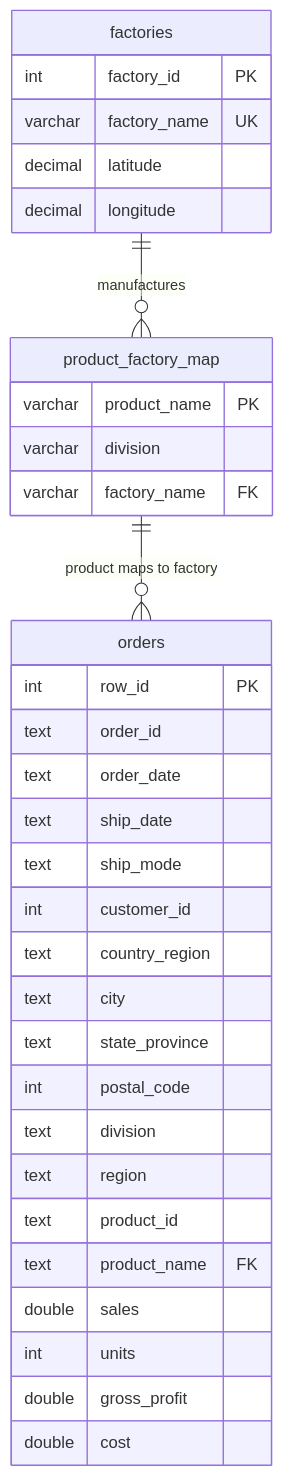
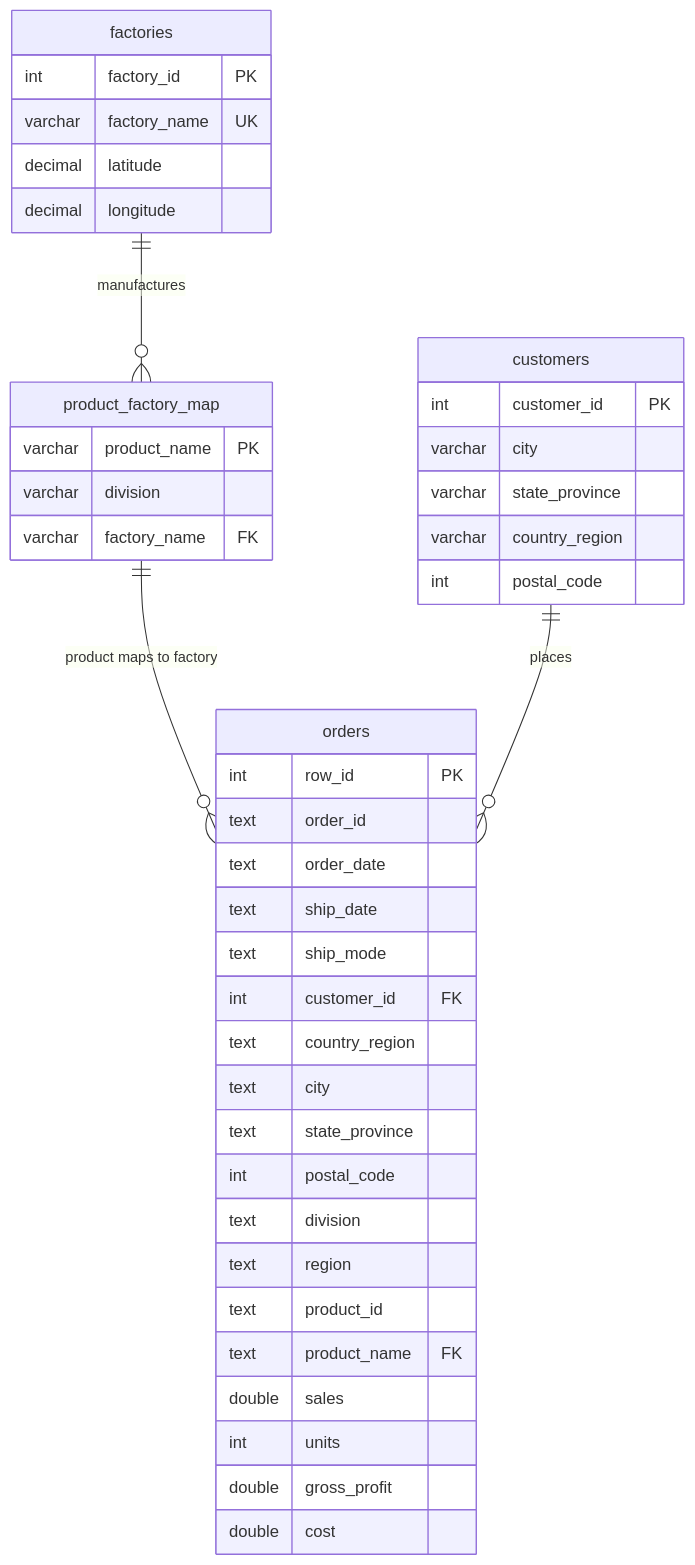
Before and after one commit to Udaygarg0034/nassau-candy-factory-reallocation-sql: the diagram in ERD.md, drawn with Mermaid. The commit also changed other lines of this file, not shown here.

Commit message:
Add customers table and update orders foreign key
Added customers table and updated foreign key relationship in orders.

````diff
--- a/ERD.md
+++ b/ERD.md
@@ -3,39 +3,48 @@
 ```mermaid
 erDiagram
     factories ||--o{ product_factory_map : "manufactures"
     product_factory_map ||--o{ orders : "product maps to factory"
+    customers ||--o{ orders : "places"
 
     factories {
         int factory_id PK
         varchar factory_name UK
         decimal latitude
         decimal longitude
     }
 
     product_factory_map {
         varchar product_name PK
         varchar division
         varchar factory_name FK
     }
 
+    customers {
+        int customer_id PK
+        varchar city
+        varchar state_province
+        varchar country_region
+        int postal_code
+    }
+
     orders {
         int row_id PK
         text order_id
         text order_date
         text ship_date
         text ship_mode
-        int customer_id
+        int customer_id FK
         text country_region
         text city
         text state_province
         int postal_code
         text division
         text region
         text product_id
         text product_name FK
         double sales
         int units
         double gross_profit
         double cost
     }
 ```
````
